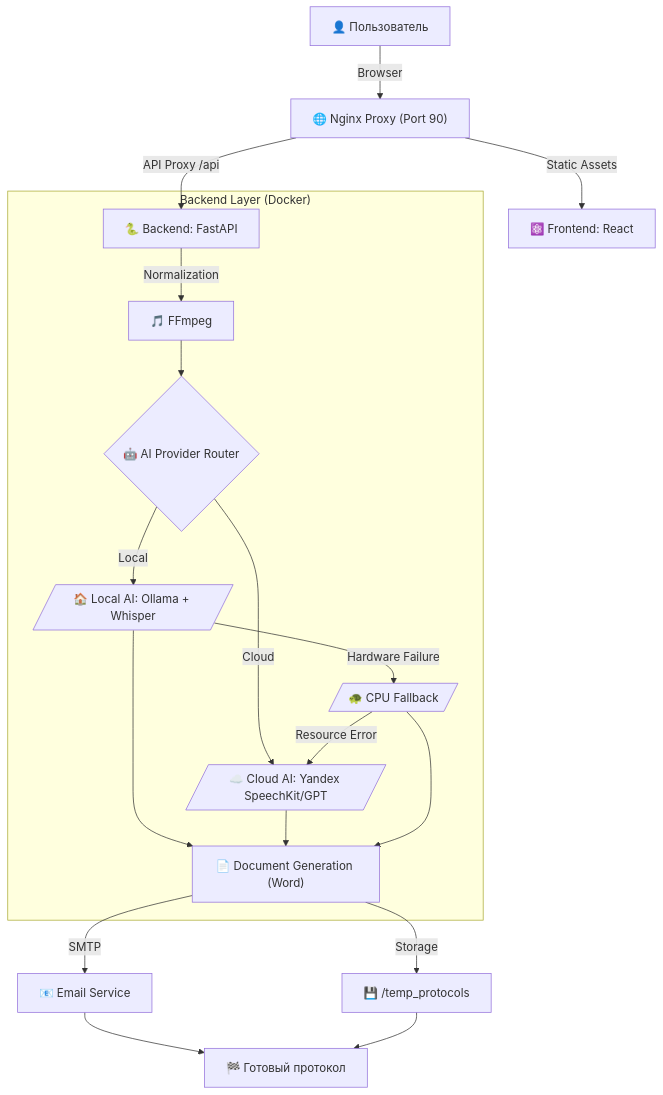
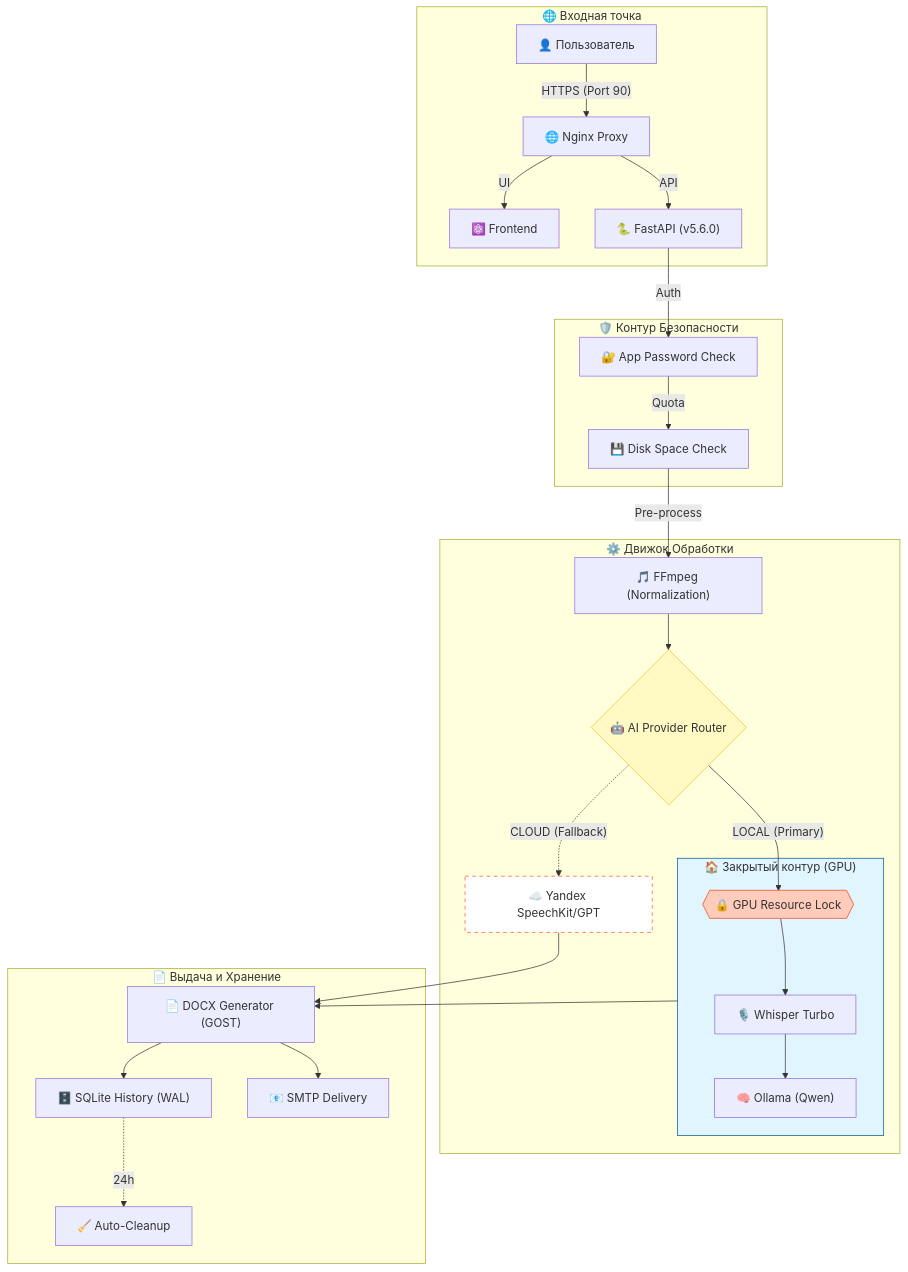
Before and after one commit to vsanyanov-ux/meeting-protocol-creator: the diagram in README.md, drawn with Mermaid. The commit also changed other lines of this file and 12 other files, not shown here.

````diff
--- a/README.md
+++ b/README.md
@@ -10,28 +10,45 @@
 ```mermaid
 graph TD
-    User["👤 Пользователь"] -->|Browser| Proxy["🌐 Nginx Proxy (Port 90)"]
-    Proxy -->|Static Assets| Frontend["⚛️ Frontend: React"]
-    Proxy -->|"API Proxy /api"| Backend["🐍 Backend: FastAPI"]
-    
-    subgraph "Backend Layer (Docker)"
-        Backend -->|Normalization| FFmpeg["🎵 FFmpeg"]
+    subgraph Client_Zone ["🌐 Входная точка"]
+        User["👤 Пользователь"] -->|"HTTPS (Port 90)"| Proxy["🌐 Nginx Proxy"]
+        Proxy -->|"UI"| React["⚛️ Frontend"]
+        Proxy -->|"API"| FastAPI["🐍 FastAPI (v5.6.0)"]
+    end
+
+    subgraph Security_Layer ["🛡️ Контур Безопасности"]
+        FastAPI -->|"Auth"| PWD["🔐 App Password Check"]
+        PWD -->|"Quota"| DiskLimit["💾 Disk Space Check"]
+    end
+
+    subgraph Processing_Engine ["⚙️ Движок Обработки"]
+        DiskLimit -->|"Pre-process"| FFmpeg["🎵 FFmpeg (Normalization)"]
         
         FFmpeg --> AI_Router{"🤖 AI Provider Router"}
         
-        AI_Router -->|Local| Local_AI[/"🏠 Local AI: Ollama + Whisper"/]
-        AI_Router -->|Cloud| Cloud_AI[/"☁️ Cloud AI: Yandex SpeechKit/GPT"/]
+        %% Локальный путь
+        AI_Router -->|"LOCAL (Primary)"| Lock{{"🔒 GPU Resource Lock"}}
+        subgraph Local_Stack ["🏠 Закрытый контур (GPU)"]
+            Lock --> Whisper["🎙️ Whisper Turbo"]
+            Whisper --> Ollama["🧠 Ollama (Qwen)"]
+        end
         
-        Local_AI -->|Hardware Failure| Fallback_CPU[/"🐢 CPU Fallback"/]
-        Fallback_CPU -->|Resource Error| Cloud_AI
+        %% Облачный путь
+        AI_Router -.->|"CLOUD (Fallback)"| Yandex["☁️ Yandex SpeechKit/GPT"]
+    end
+
+    subgraph Output_Storage ["📄 Выдача и Хранение"]
+        Local_Stack --> Docx["📄 DOCX Generator (GOST)"]
+        Yandex --> Docx
         
-        Local_AI --> Docx["📄 Document Generation (Word)"]
-        Cloud_AI --> Docx
-        Fallback_CPU --> Docx
+        Docx --> History["🗄️ SQLite History (WAL)"]
+        Docx --> Email["📧 SMTP Delivery"]
+        
+        History -.->|"24h"| Cleaner["🧹 Auto-Cleanup"]
     end
-    
-    Docx -->|SMTP| Email["📧 Email Service"]
-    Docx -->|Storage| Disk["💾 /temp_protocols"]
-    
-    Email --> Done["🏁 Готовый протокол"]
-    Disk --> Done
+
+    %% Стили
+    style AI_Router fill:#fff9c4,stroke:#fbc02d
+    style Local_Stack fill:#e1f5fe,stroke:#01579b
+    style Yandex fill:#fff,stroke:#ff5722,stroke-dasharray: 5 5
+    style Lock fill:#ffccbc,stroke:#e64a19
 ```
````
